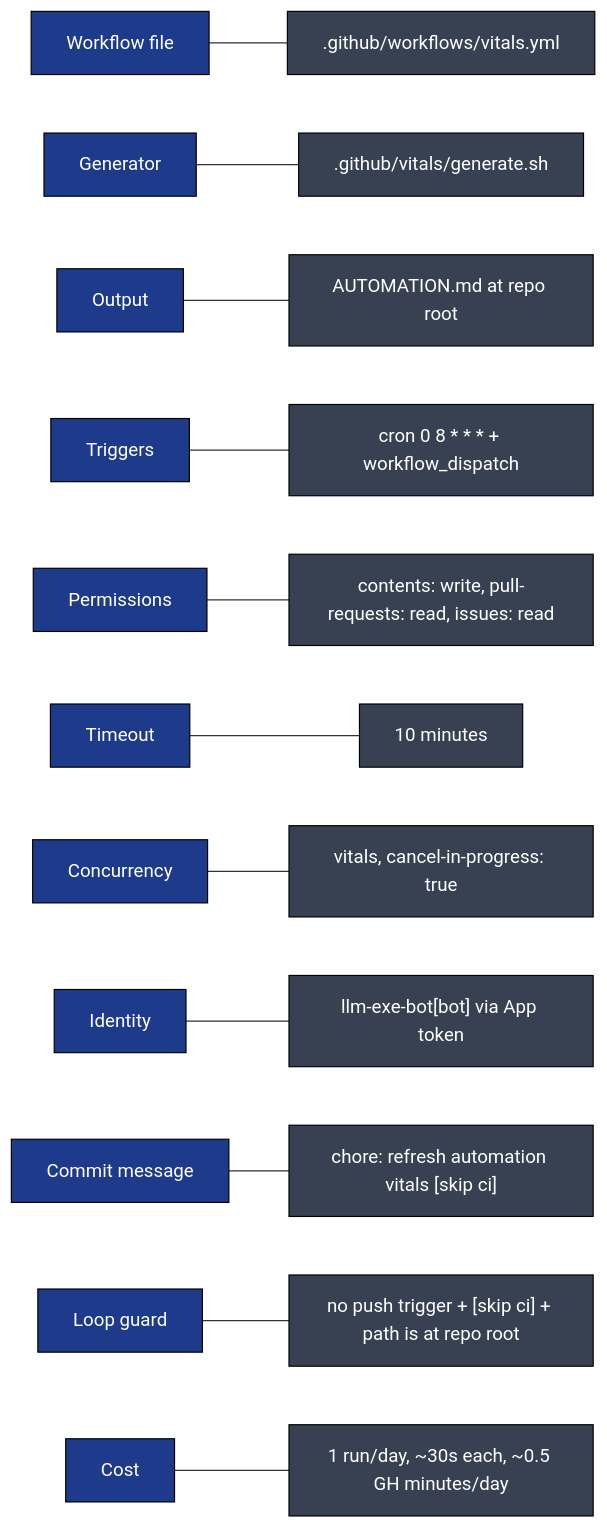
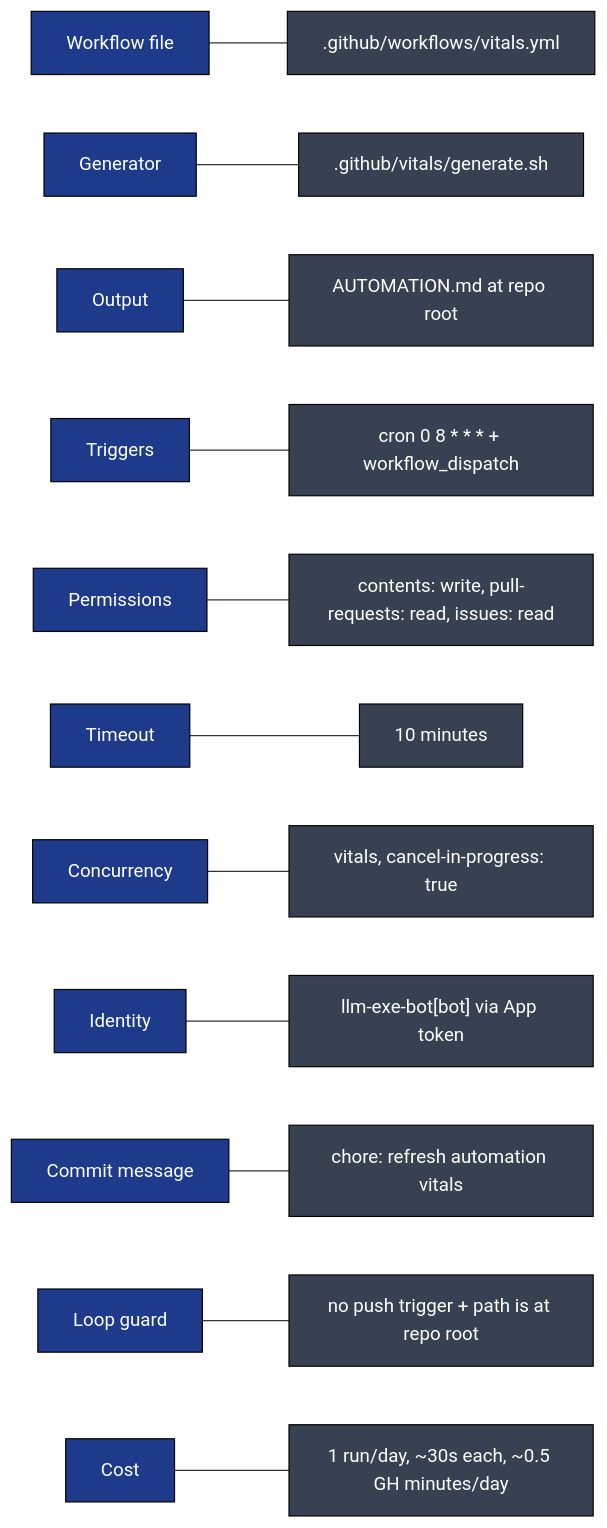
Diagram 14 of 14 in .github/docs/VITALS_DEEP_DIVE.md (llm-exe/llm-exe), drawn with Mermaid before and after one commit. The commit also changed other lines of this file and 1 other file, not shown here.

First line of the commit message:
ci(vitals): stop vitals commits from skipping the release PR's checks

````diff
--- a/.github/docs/VITALS_DEEP_DIVE.md
+++ b/.github/docs/VITALS_DEEP_DIVE.md
@@ -429,17 +429,17 @@
 ```mermaid
 flowchart LR
     classDef k fill:#1e3a8a,color:#fff,stroke:#000
     classDef v fill:#374151,color:#fff,stroke:#000
 
     K1["Workflow file"]:::k --- V1[".github/workflows/vitals.yml"]:::v
     K2["Generator"]:::k --- V2[".github/vitals/generate.sh"]:::v
     K3["Output"]:::k --- V3["AUTOMATION.md at repo root"]:::v
     K4["Triggers"]:::k --- V4["cron 0 8 * * * + workflow_dispatch"]:::v
     K5["Permissions"]:::k --- V5["contents: write, pull-requests: read, issues: read"]:::v
     K6["Timeout"]:::k --- V6["10 minutes"]:::v
     K7["Concurrency"]:::k --- V7["vitals, cancel-in-progress: true"]:::v
     K8["Identity"]:::k --- V8["llm-exe-bot[bot] via App token"]:::v
-    K9["Commit message"]:::k --- V9["chore: refresh automation vitals [skip ci]"]:::v
-    K10["Loop guard"]:::k --- V10["no push trigger + [skip ci] + path is at repo root"]:::v
+    K9["Commit message"]:::k --- V9["chore: refresh automation vitals"]:::v
+    K10["Loop guard"]:::k --- V10["no push trigger + path is at repo root"]:::v
     K11["Cost"]:::k --- V11["1 run/day, ~30s each, ~0.5 GH minutes/day"]:::v
 ```
````
